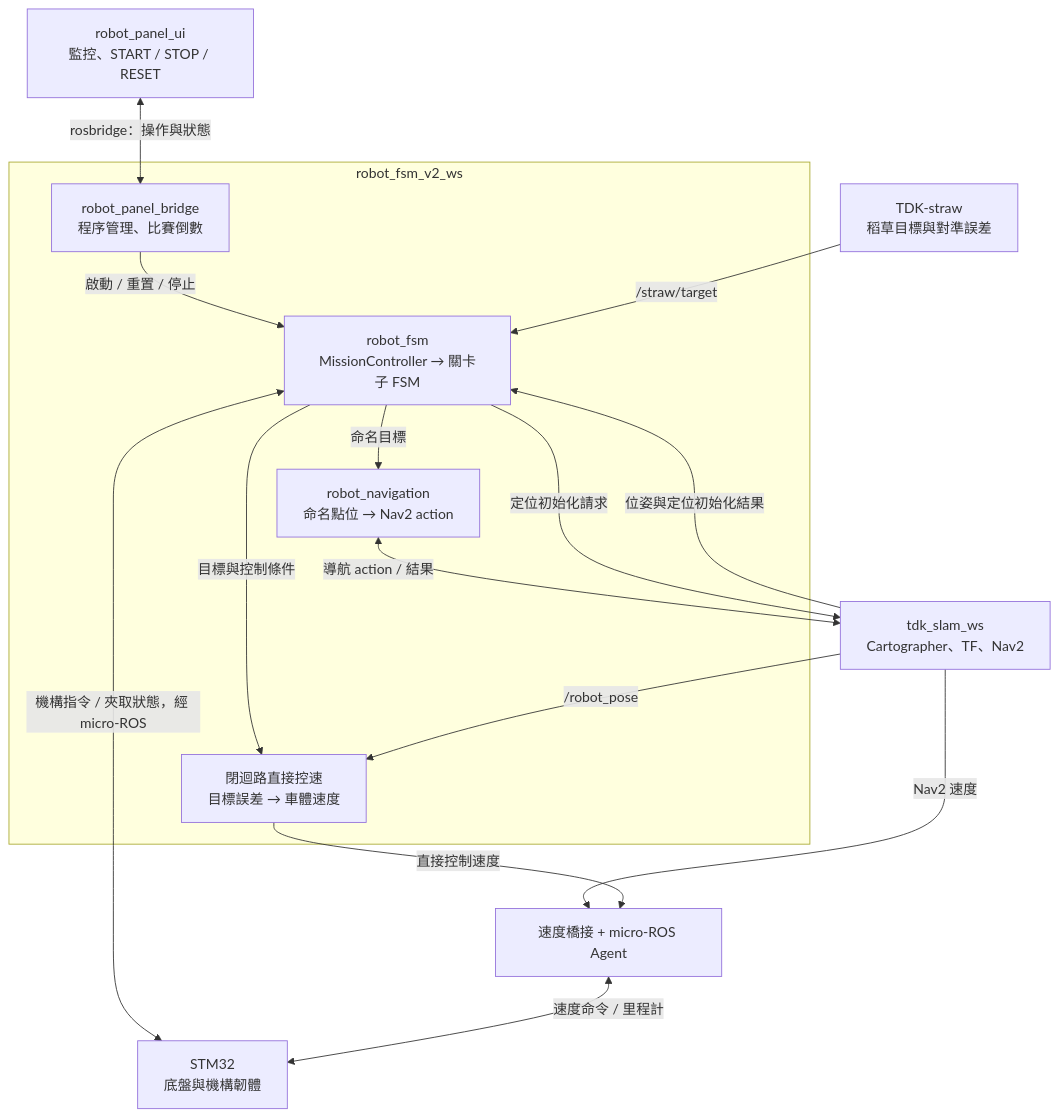
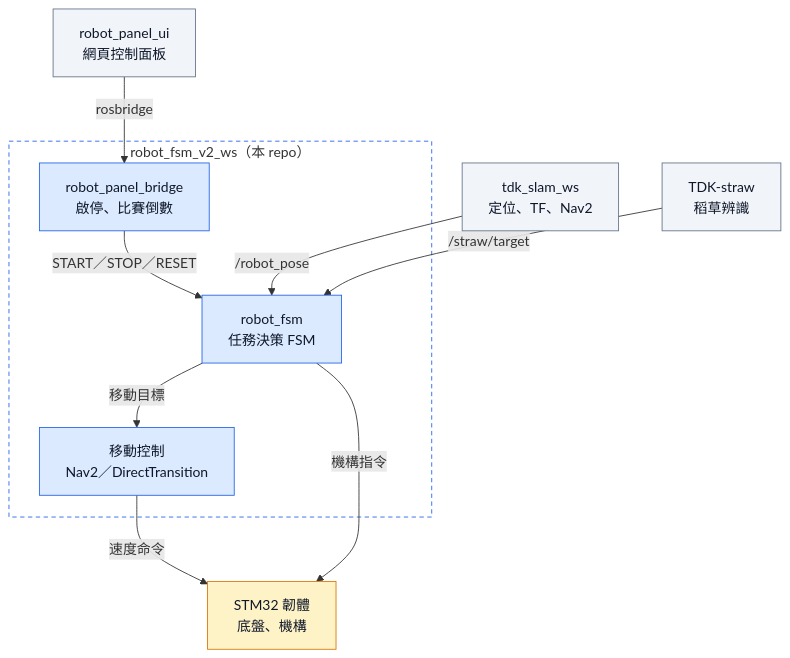
One commit to terryking0711/robot_fsm_v2_ws changed the first of 5 diagrams in README.md. Above: the diagram before and after it, drawn with Mermaid. The commit also changed other lines of this file, not shown here.

Commit message:
Update README for system architecture and controls

````diff
--- a/README.md
+++ b/README.md
@@ -22,28 +21,30 @@
 ```mermaid
 flowchart TB
-    UI["robot_panel_ui<br/>監控、START / STOP / RESET"]
-    subgraph THIS["robot_fsm_v2_ws"]
-        PANEL["robot_panel_bridge<br/>程序管理、比賽倒數"]
-        FSM["robot_fsm<br/>MissionController → 關卡子 FSM"]
-        NAV["robot_navigation<br/>命名點位 → Nav2 action"]
-        DIRECT["閉迴路直接控速<br/>目標誤差 → 車體速度"]
+    UI["robot_panel_ui<br/>網頁控制面板"]
+    SLAM["tdk_slam_ws<br/>定位、TF、Nav2"]
+    VISION["TDK-straw<br/>稻草辨識"]
+
+    subgraph WS["robot_fsm_v2_ws（本 repo）"]
+        BRIDGE["robot_panel_bridge<br/>啟停、比賽倒數"]
+        FSM["robot_fsm<br/>任務決策 FSM"]
+        MOVE["移動控制<br/>Nav2／DirectTransition"]
     end
-    SLAM["tdk_slam_ws<br/>Cartographer、TF、Nav2"]
-    VISION["TDK-straw<br/>稻草目標與對準誤差"]
-    BRIDGE["速度橋接 + micro-ROS Agent"]
-    STM["STM32<br/>底盤與機構韌體"]
 
-    UI <-->|"rosbridge：操作與狀態"| PANEL
-    PANEL -->|"啟動 / 重置 / 停止"| FSM
-    FSM -->|"命名目標"| NAV
-    NAV <-->|"導航 action / 結果"| SLAM
-    SLAM -->|"位姿與定位初始化結果"| FSM
-    FSM -->|"定位初始化請求"| SLAM
-    FSM -->|"目標與控制條件"| DIRECT
-    SLAM -->|"/robot_pose"| DIRECT
-    VISION -->|"/straw/target"| FSM
-    SLAM -->|"Nav2 速度"| BRIDGE
-    DIRECT -->|"直接控制速度"| BRIDGE
-    FSM <-->|"機構指令 / 夾取狀態，經 micro-ROS"| STM
-    BRIDGE <-->|"速度命令 / 里程計"| STM
+    STM["STM32 韌體<br/>底盤、機構"]
+
+    UI -->|rosbridge| BRIDGE
+    BRIDGE -->|START／STOP／RESET| FSM
+    SLAM -->|/robot_pose| FSM
+    VISION -->|/straw/target| FSM
+    FSM -->|移動目標| MOVE
+    MOVE -->|速度命令| STM
+    FSM -->|機構指令| STM
+
+    classDef ours fill:#dbeafe,stroke:#2563eb,color:#0f172a
+    classDef ext fill:#f1f5f9,stroke:#64748b,color:#0f172a
+    classDef hw fill:#fef3c7,stroke:#d97706,color:#0f172a
+    class BRIDGE,FSM,MOVE ours
+    class UI,SLAM,VISION ext
+    class STM hw
+    style WS fill:none,stroke:#2563eb,stroke-dasharray:5 4
 ```
````
